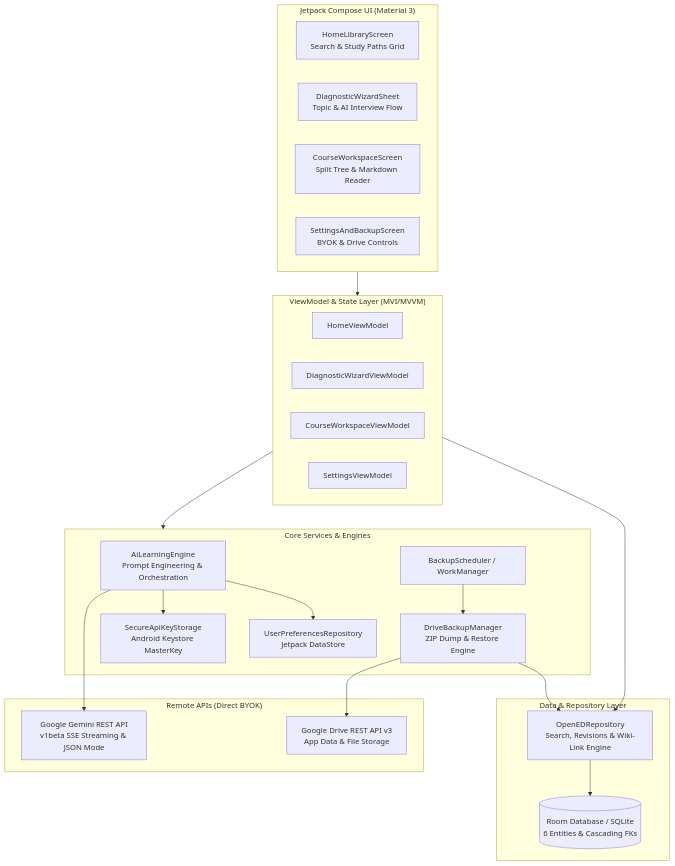
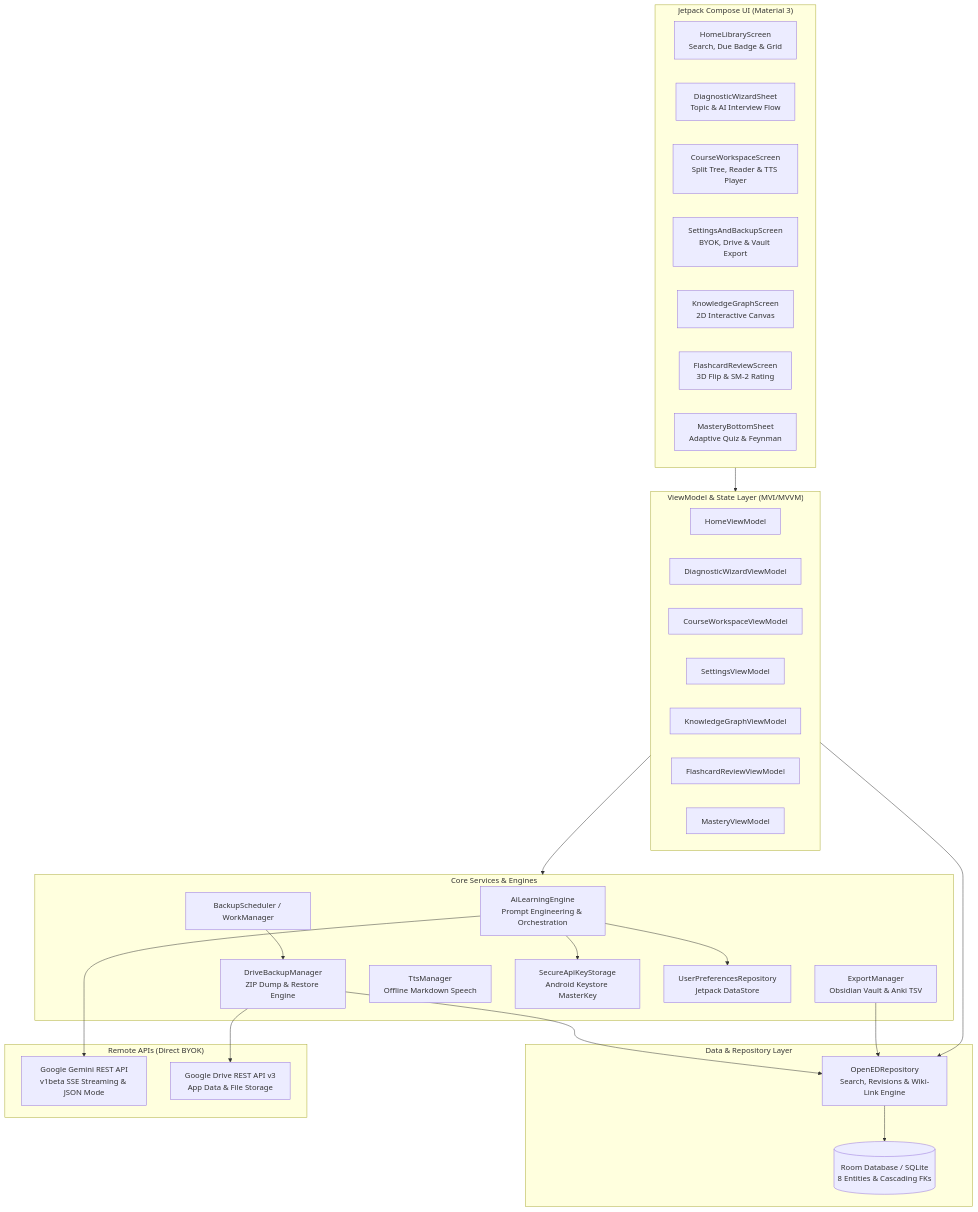
Before and after one commit to pprpprppr/openED: the first of 2 diagrams in README.md, drawn with Mermaid. The commit also changed other lines of this file and 42 other files, not shown here.

First line of the commit message:
feat: Add real-time SSE streaming, bi-directional WikiLinks, Revision History rollback, LaTeX/callout rendering, and Google Drive backup v1

````diff
--- a/README.md
+++ b/README.md
@@ -68,45 +90,54 @@
 ```mermaid
 flowchart TD
     subgraph UI ["Jetpack Compose UI (Material 3)"]
-        Home["HomeLibraryScreen\nSearch & Study Paths Grid"]
+        Home["HomeLibraryScreen\nSearch, Due Badge & Grid"]
         Wizard["DiagnosticWizardSheet\nTopic & AI Interview Flow"]
-        Workspace["CourseWorkspaceScreen\nSplit Tree & Markdown Reader"]
-        Settings["SettingsAndBackupScreen\nBYOK & Drive Controls"]
+        Workspace["CourseWorkspaceScreen\nSplit Tree, Reader & TTS Player"]
+        Settings["SettingsAndBackupScreen\nBYOK, Drive & Vault Export"]
+        Graph["KnowledgeGraphScreen\n2D Interactive Canvas"]
+        Cards["FlashcardReviewScreen\n3D Flip & SM-2 Rating"]
+        Mastery["MasteryBottomSheet\nAdaptive Quiz & Feynman"]
     end
 
     subgraph ViewModelLayer ["ViewModel & State Layer (MVI/MVVM)"]
         HVM["HomeViewModel"]
         WVM["DiagnosticWizardViewModel"]
         CWVM["CourseWorkspaceViewModel"]
         SVM["SettingsViewModel"]
+        GVM["KnowledgeGraphViewModel"]
+        FVM["FlashcardReviewViewModel"]
+        MVM["MasteryViewModel"]
     end
 
     subgraph CoreEngine ["Core Services & Engines"]
         ALE["AiLearningEngine\nPrompt Engineering & Orchestration"]
         DBM["DriveBackupManager\nZIP Dump & Restore Engine"]
+        EXM["ExportManager\nObsidian Vault & Anki TSV"]
+        TTS["TtsManager\nOffline Markdown Speech"]
         BS["BackupScheduler / WorkManager"]
         KEY["SecureApiKeyStorage\nAndroid Keystore MasterKey"]
         DS["UserPreferencesRepository\nJetpack DataStore"]
     end
 
     subgraph DataLayer ["Data & Repository Layer"]
         REPO["OpenEDRepository\nSearch, Revisions & Wiki-Link Engine"]
-        ROOM[("Room Database / SQLite\n6 Entities & Cascading FKs")]
+        ROOM[("Room Database / SQLite\n8 Entities & Cascading FKs")]
     end
 
     subgraph RemoteAPIs ["Remote APIs (Direct BYOK)"]
         GEMINI["Google Gemini REST API\nv1beta SSE Streaming & JSON Mode"]
         DRIVE["Google Drive REST API v3\nApp Data & File Storage"]
     end
 
     UI --> ViewModelLayer
     ViewModelLayer --> CoreEngine
     ViewModelLayer --> REPO
     ALE --> GEMINI
     ALE --> KEY
     ALE --> DS
     DBM --> DRIVE
     DBM --> REPO
+    EXM --> REPO
     BS --> DBM
     REPO --> ROOM
 ```
````
